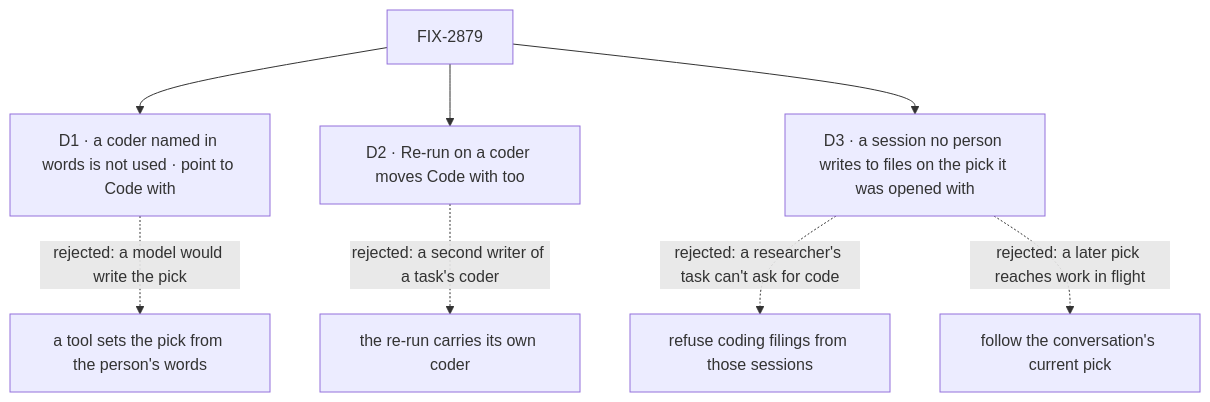
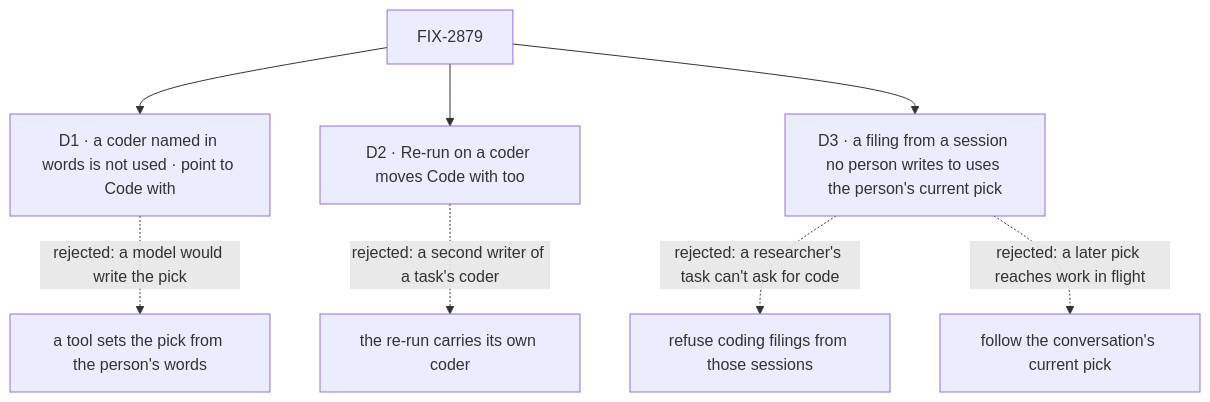
The diagram in specs/issues/FIX-2879/DECISIONS.md (fixpoint-labs/flow-state-dev), drawn with Mermaid before and after one commit. The commit also changed other lines of this file and 2 other files, not shown here.

First line of the commit message:
spec(FIX-2879): D3 reads the person's current pick; check the pick at the write

````diff
--- a/specs/issues/FIX-2879/DECISIONS.md
+++ b/specs/issues/FIX-2879/DECISIONS.md
@@ -13,10 +13,10 @@
 ```mermaid
 flowchart TD
   I["FIX-2879"] --> D1["D1 · a coder named in words is not used · point to Code with"]
   D1 -.->|"rejected: a model would write the pick"| X1["a tool sets the pick from the person's words"]
   I --> D2["D2 · Re-run on a coder moves Code with too"]
   D2 -.->|"rejected: a second writer of a task's coder"| X2["the re-run carries its own coder"]
-  I --> D3["D3 · a session no person writes to files on the pick it was opened with"]
+  I --> D3["D3 · a filing from a session no person writes to uses the person's current pick"]
   D3 -.->|"rejected: a researcher's task can't ask for code"| X3["refuse coding filings from those sessions"]
   D3 -.->|"rejected: a later pick reaches work in flight"| X4["follow the conversation's current pick"]
 ```
````
